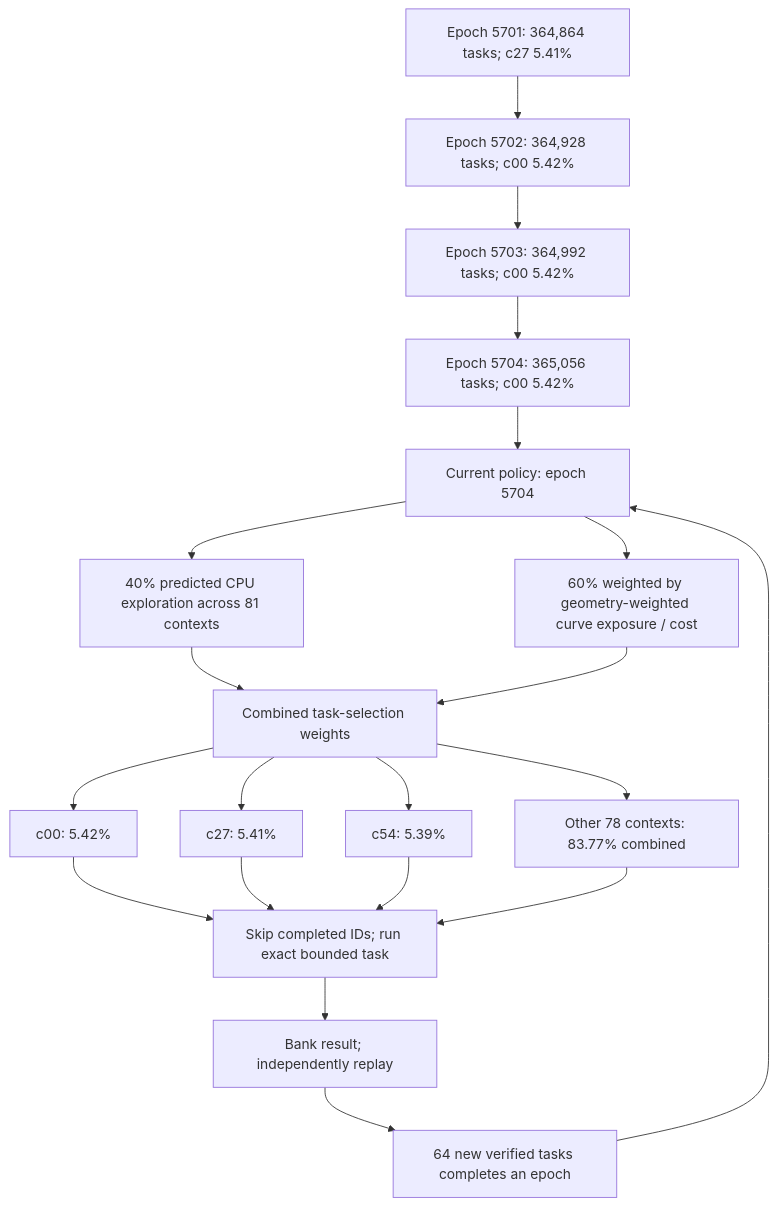
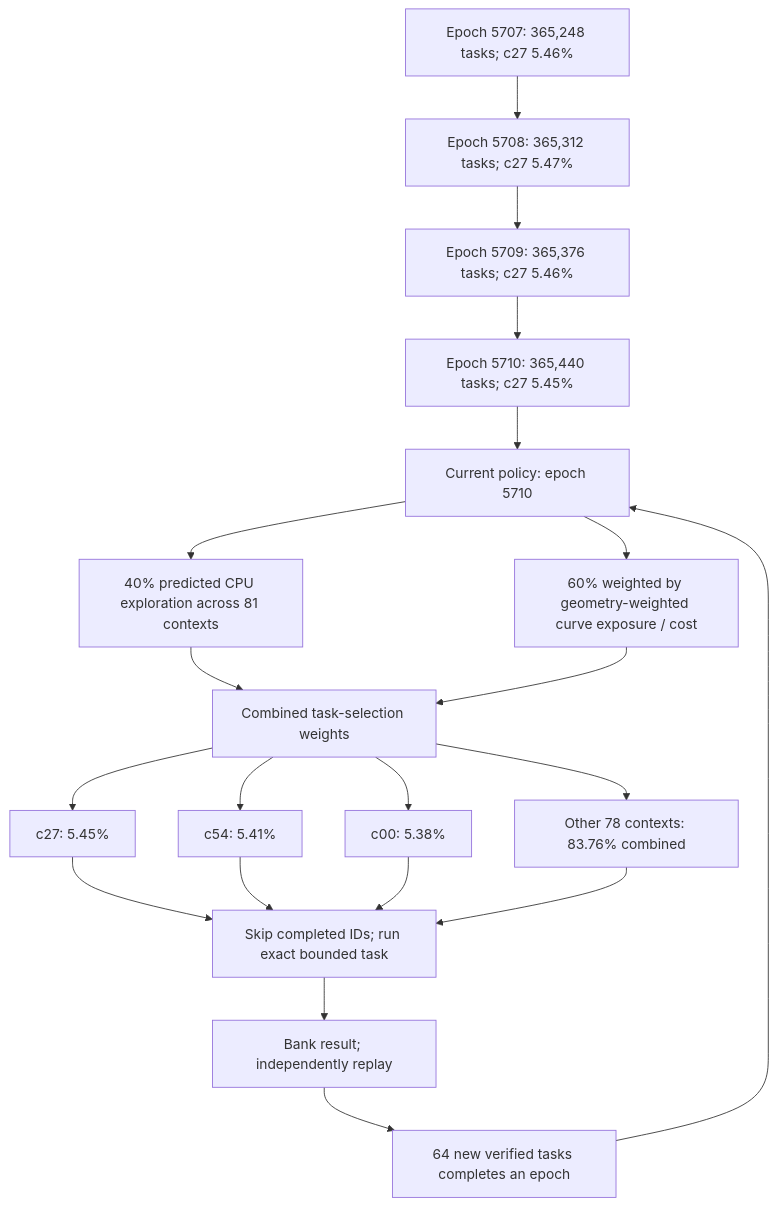
Before and after one commit to Kuberwastaken/math-gambling: the first of 3 diagrams in README.md, drawn with Mermaid. The commit also changed other lines of this file and 1278 other files, not shown here.

````diff
--- a/README.md
+++ b/README.md
@@ -60,27 +60,27 @@
 ```mermaid
 flowchart TD
-    H0["Epoch 5701: 364,864 tasks; c27 5.41%"]
-    H1["Epoch 5702: 364,928 tasks; c00 5.42%"]
+    H0["Epoch 5707: 365,248 tasks; c27 5.46%"]
+    H1["Epoch 5708: 365,312 tasks; c27 5.47%"]
     H0 --> H1
-    H2["Epoch 5703: 364,992 tasks; c00 5.42%"]
+    H2["Epoch 5709: 365,376 tasks; c27 5.46%"]
     H1 --> H2
-    H3["Epoch 5704: 365,056 tasks; c00 5.42%"]
+    H3["Epoch 5710: 365,440 tasks; c27 5.45%"]
     H2 --> H3
-    Policy["Current policy: epoch 5704"]
+    Policy["Current policy: epoch 5710"]
     H3 --> Policy
     Policy --> Explore["40% predicted CPU exploration across 81 contexts"]
     Policy --> Cost["60% weighted by geometry-weighted curve exposure / cost"]
     Explore --> Mix["Combined task-selection weights"]
     Cost --> Mix
-    Mix --> C0["c00: 5.42%"]
-    Mix --> C1["c27: 5.41%"]
-    Mix --> C2["c54: 5.39%"]
-    Mix --> Rest["Other 78 contexts: 83.77% combined"]
+    Mix --> C0["c27: 5.45%"]
+    Mix --> C1["c54: 5.41%"]
+    Mix --> C2["c00: 5.38%"]
+    Mix --> Rest["Other 78 contexts: 83.76% combined"]
     C0 --> Check["Skip completed IDs; run exact bounded task"]
     C1 --> Check
     C2 --> Check
     Rest --> Check
     Check --> Replay["Bank result; independently replay"]
     Replay --> Gate["64 new verified tasks completes an epoch"]
     Gate --> Policy
 ```
````
